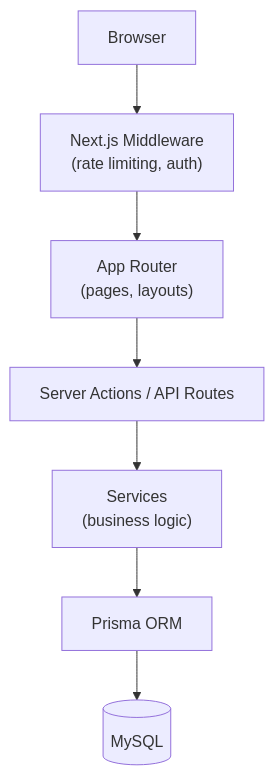
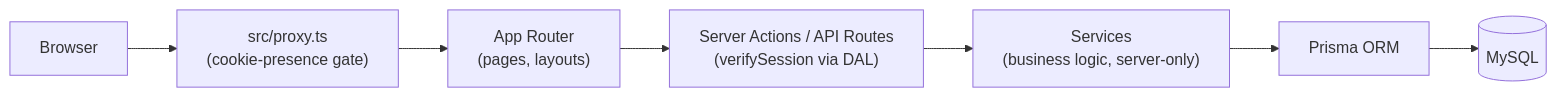
Before and after one commit to hack4impact-calpoly/prfc-connect: the diagram in docs/figures/request-flow.mmd, drawn with Mermaid. The commit also changed 20 other files, not shown here.

```diff
--- a/docs/figures/request-flow.mmd
+++ b/docs/figures/request-flow.mmd
@@ -1,15 +1,15 @@
-flowchart TD
+flowchart LR
     Browser["Browser"]
-    Middleware["Next.js Middleware<br/>(rate limiting, auth)"]
+    Proxy["src/proxy.ts<br/>(cookie-presence gate)"]
     Router["App Router<br/>(pages, layouts)"]
-    Actions["Server Actions / API Routes"]
-    Services["Services<br/>(business logic)"]
+    Handler["Server Actions / API Routes<br/>(verifySession via DAL)"]
+    Services["Services<br/>(business logic, server-only)"]
     Prisma["Prisma ORM"]
     MySQL[("MySQL")]
 
-    Browser --> Middleware
-    Middleware --> Router
-    Router --> Actions
-    Actions --> Services
+    Browser --> Proxy
+    Proxy --> Router
+    Router --> Handler
+    Handler --> Services
     Services --> Prisma
     Prisma --> MySQL
```
